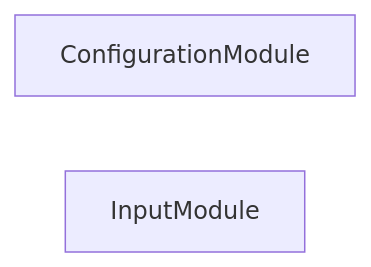
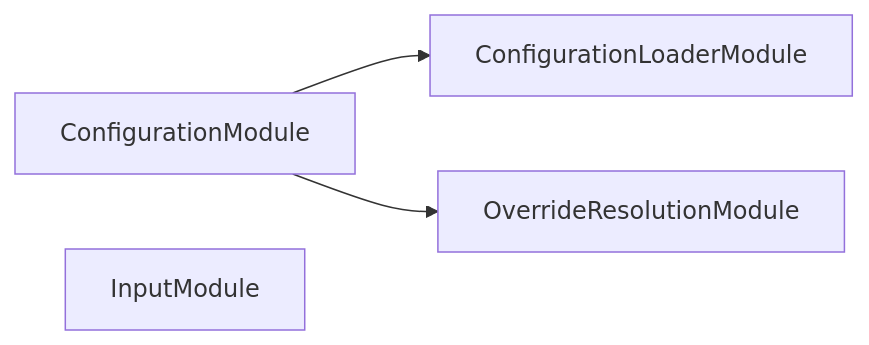
The second of 3 diagrams in packages/codependix-configuration/README.md (JimmyPaolini/codebase), drawn with Mermaid before and after one commit. The commit also changed other lines of this file and 35 other files, not shown here.

````diff
--- a/packages/codependix-configuration/README.md
+++ b/packages/codependix-configuration/README.md
@@ -31,5 +31,9 @@
 ```mermaid
 flowchart LR
+  ConfigurationLoaderModule
   ConfigurationModule
   InputModule
+  OverrideResolutionModule
+  ConfigurationModule --> ConfigurationLoaderModule
+  ConfigurationModule --> OverrideResolutionModule
 ```
````
